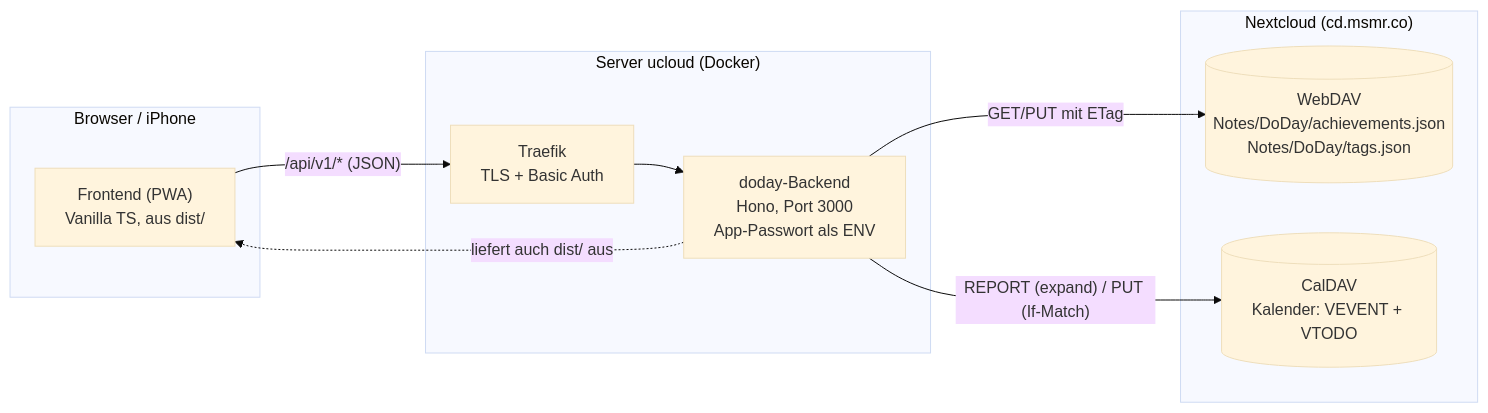
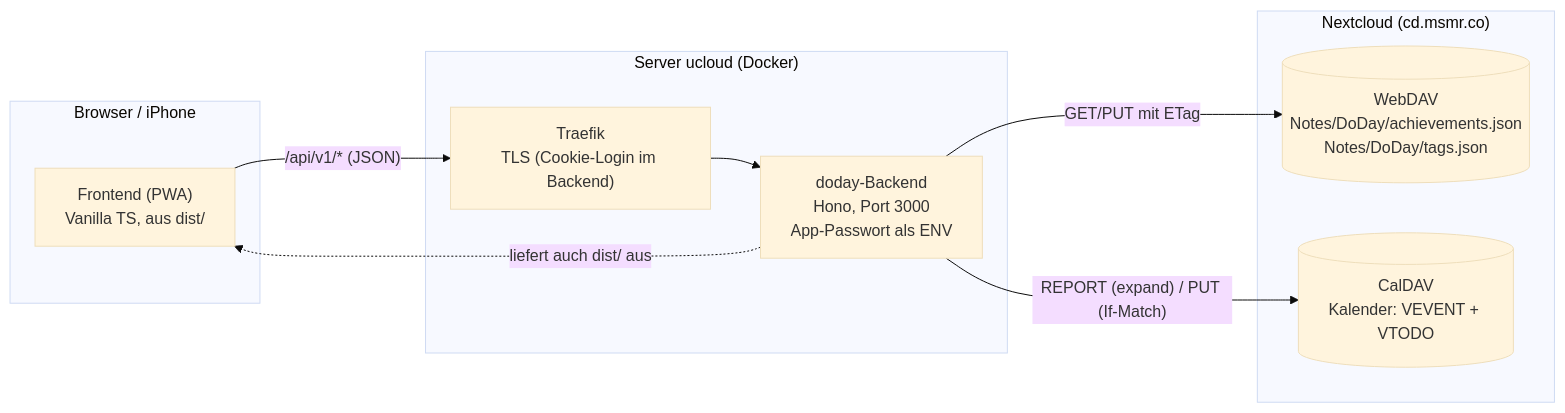
Before and after one commit to 01msmr/doday: the first of 4 diagrams in docs/projekt-stand.md, drawn with Mermaid (base theme). The commit also changed other lines of this file, not shown here.

Commit message:
docs: projekt-stand auf Cookie-Login umgestellt (Basic Auth abgelöst)

````diff
--- a/docs/projekt-stand.md
+++ b/docs/projekt-stand.md
@@ -125,18 +129,18 @@
 ```mermaid
 flowchart LR
   subgraph Geraete["Browser / iPhone"]
     UI["Frontend (PWA)<br/>Vanilla TS, aus dist/"]
   end
   subgraph Ucloud["Server ucloud (Docker)"]
-    T["Traefik<br/>TLS + Basic Auth"]
+    T["Traefik<br/>TLS (Cookie-Login im Backend)"]
     B["doday-Backend<br/>Hono, Port 3000<br/>App-Passwort als ENV"]
   end
   subgraph NC["Nextcloud (cd.msmr.co)"]
     W[("WebDAV<br/>Notes/DoDay/achievements.json<br/>Notes/DoDay/tags.json")]
     C[("CalDAV<br/>Kalender: VEVENT + VTODO")]
   end
   UI -- "/api/v1/* (JSON)" --> T --> B
   B -- "GET/PUT mit ETag" --> W
   B -- "REPORT (expand) / PUT (If-Match)" --> C
   B -. "liefert auch dist/ aus" .-> UI
 ```
````
